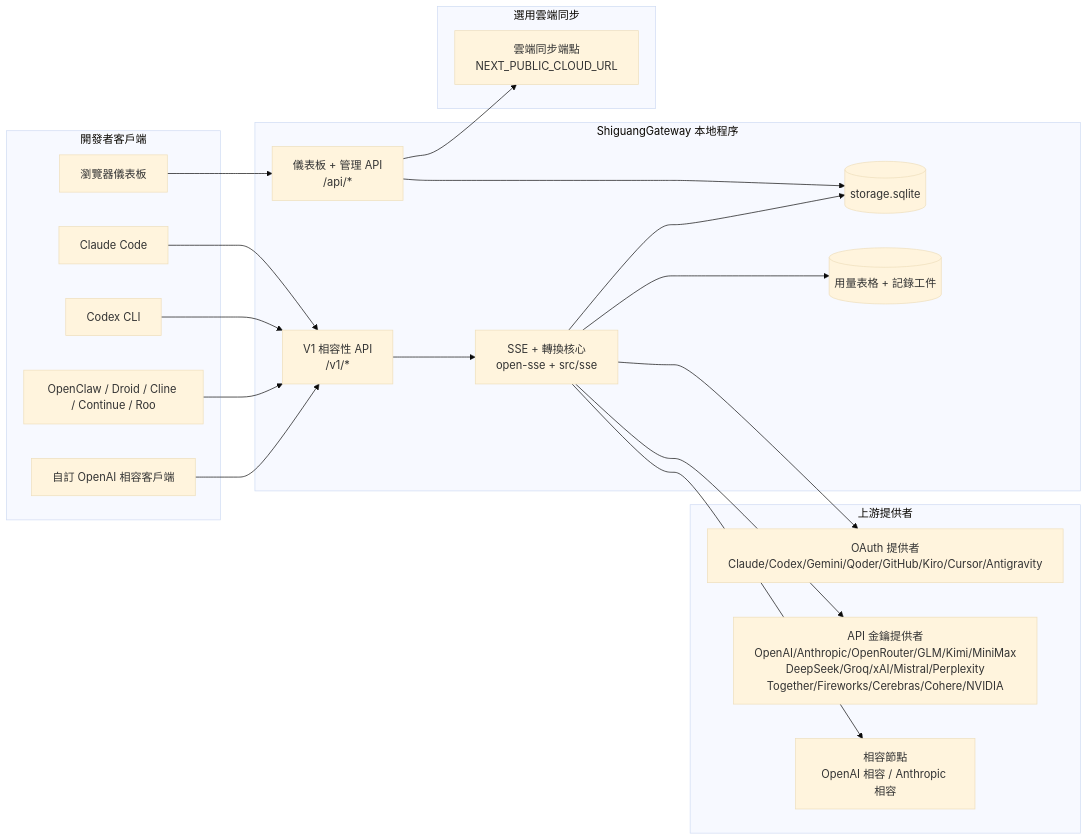
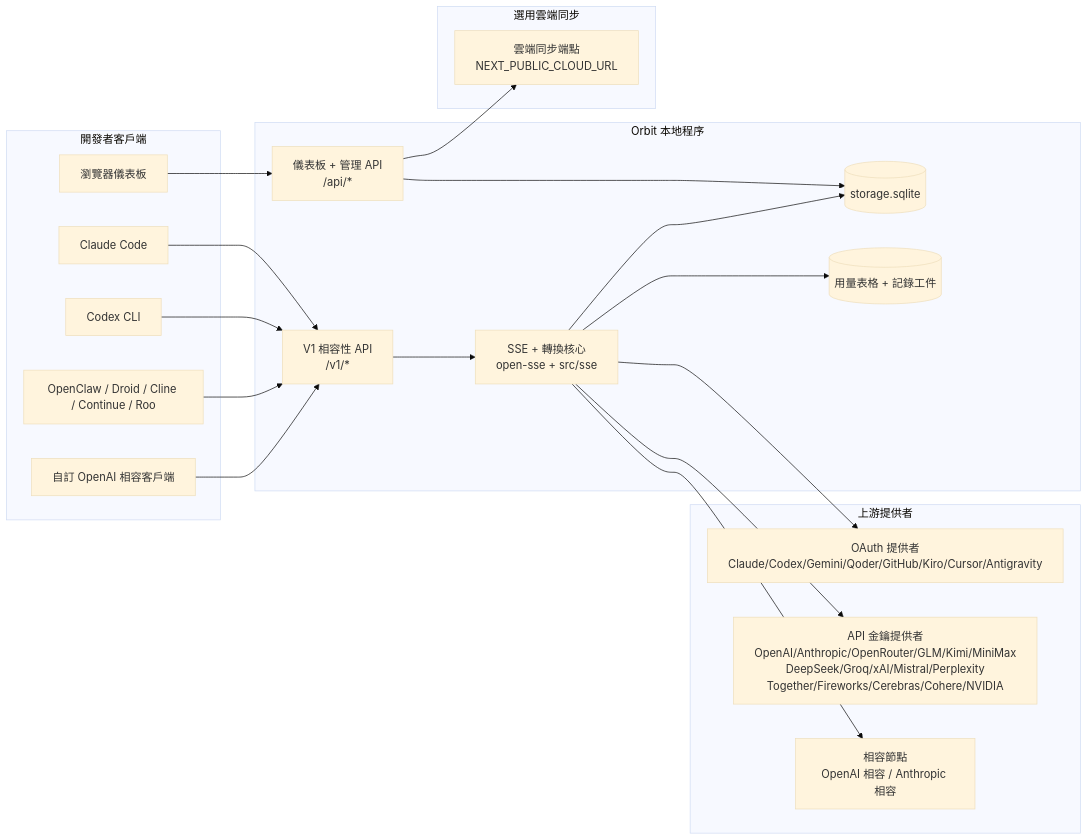
One commit to shiguang-lab/orbit changed the first of 7 diagrams in packages/core/docs/i18n/zh-TW/docs/architecture/ARCHITECTURE.md. Above: the diagram before and after it, drawn with Mermaid (base theme). The commit also changed other lines of this file and 2405 other files, not shown here.

Commit message:
refactor: retire Shiguang Gateway identifiers

````diff
--- a/packages/core/docs/i18n/zh-TW/docs/architecture/ARCHITECTURE.md
+++ b/packages/core/docs/i18n/zh-TW/docs/architecture/ARCHITECTURE.md
@@ -159,45 +159,45 @@
 ```mermaid
 flowchart LR
     subgraph Clients[開發者客戶端]
         C1[Claude Code]
         C2[Codex CLI]
         C3[OpenClaw / Droid / Cline / Continue / Roo]
         C4[自訂 OpenAI 相容客戶端]
         BROWSER[瀏覽器儀表板]
     end
 
-    subgraph Router[ShiguangGateway 本地程序]
+    subgraph Router[Orbit 本地程序]
         API[V1 相容性 API\n/v1/*]
         DASH[儀表板 + 管理 API\n/api/*]
         CORE[SSE + 轉換核心\nopen-sse + src/sse]
         DB[(storage.sqlite)]
         UDB[(用量表格 + 記錄工件)]
     end
 
     subgraph Upstreams[上游提供者]
         P1[OAuth 提供者\nClaude/Codex/Gemini/Qoder/GitHub/Kiro/Cursor/Antigravity]
         P2[API 金鑰提供者\nOpenAI/Anthropic/OpenRouter/GLM/Kimi/MiniMax\nDeepSeek/Groq/xAI/Mistral/Perplexity\nTogether/Fireworks/Cerebras/Cohere/NVIDIA]
         P3[相容節點\nOpenAI 相容 / Anthropic 相容]
     end
 
     subgraph Cloud[選用雲端同步]
         CLOUD[雲端同步端點\nNEXT_PUBLIC_CLOUD_URL]
     end
 
     C1 --> API
     C2 --> API
     C3 --> API
     C4 --> API
     BROWSER --> DASH
 
     API --> CORE
     DASH --> DB
     CORE --> DB
     CORE --> UDB
 
     CORE --> P1
     CORE --> P2
     CORE --> P3
 
     DASH --> CLOUD
 ```
````
